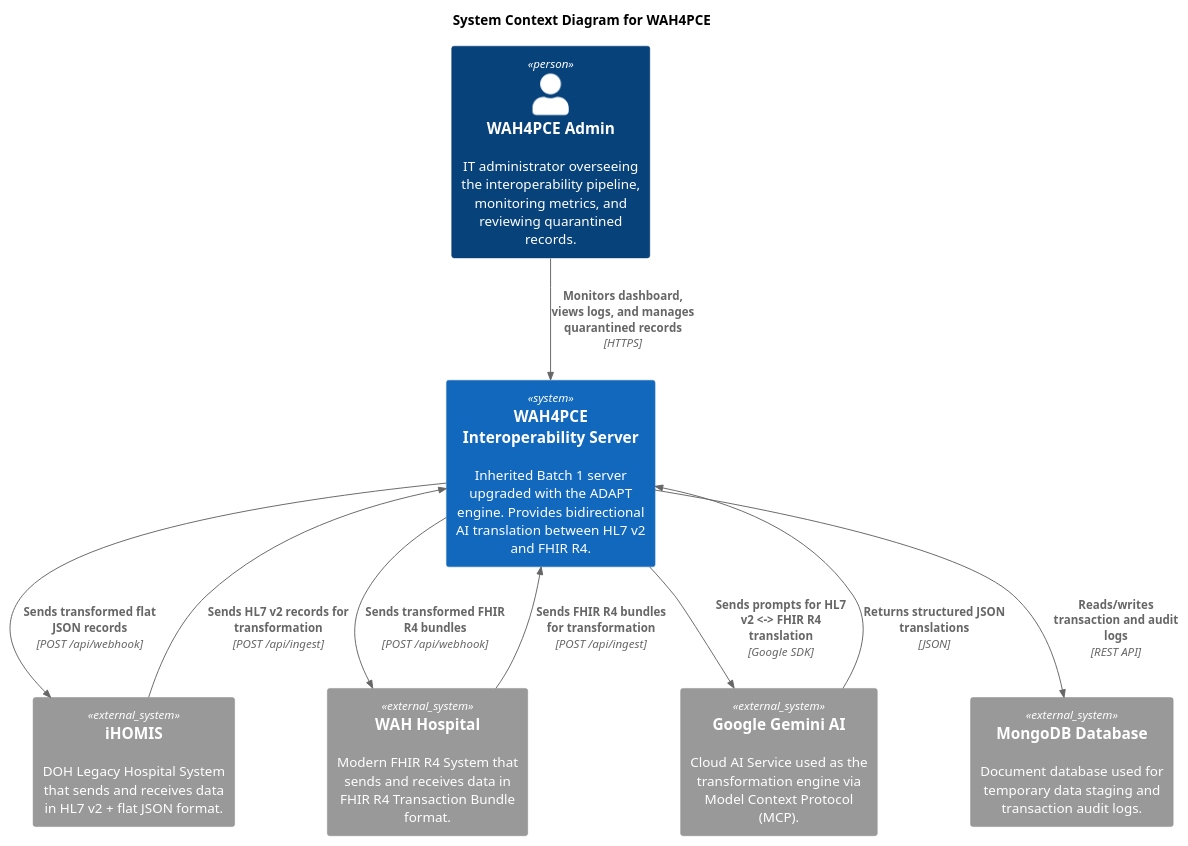
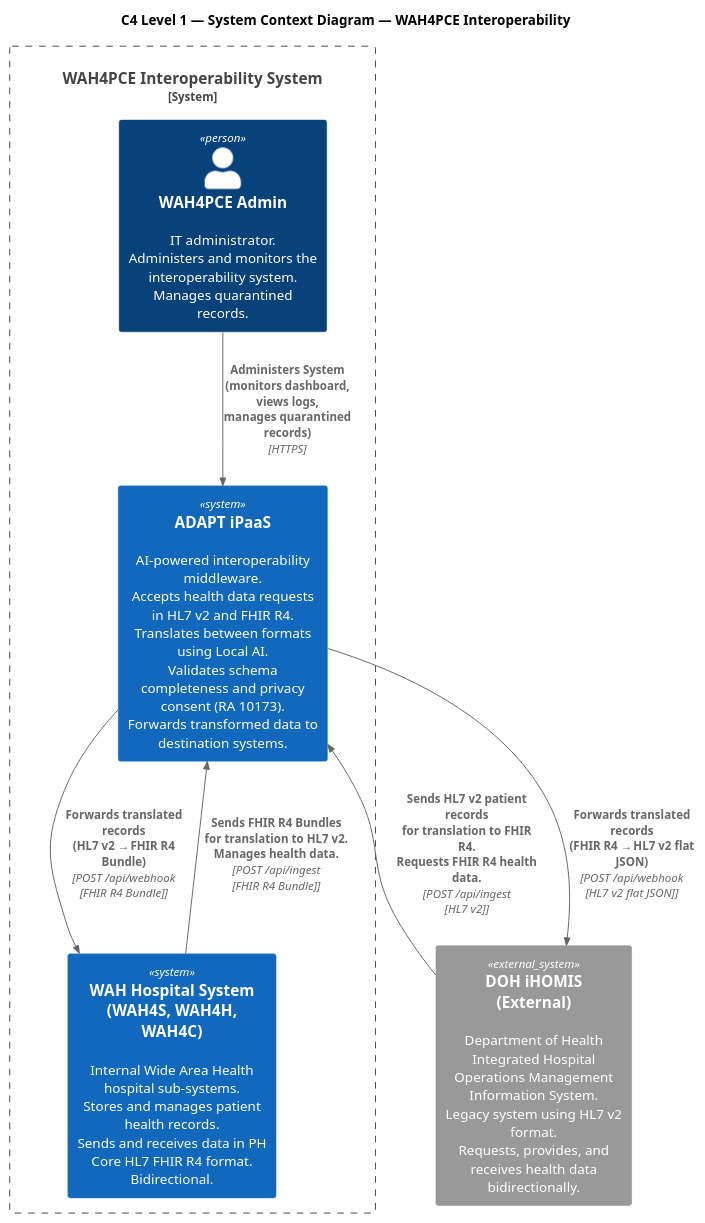
The diagram in diagrams/c4_diagram/system_context_diagram/adapt_ipaas_system_context_diagram.puml (Vince0028/WAH4PCE-MERGE-CONFLICT), drawn with PlantUML before and after one commit. The commit also changed 1 other file, not shown here.

Commit message:
docs: add C4 system context and container diagrams for ADAPT iPaaS architecture

```diff
--- a/diagrams/c4_diagram/system_context_diagram/adapt_ipaas_system_context_diagram.puml
+++ b/diagrams/c4_diagram/system_context_diagram/adapt_ipaas_system_context_diagram.puml
@@ -1,33 +1,40 @@
 @startuml ADAPT_iPaaS_System_Context
 !include https://raw.githubusercontent.com/plantuml-stdlib/C4-PlantUML/master/C4_Context.puml
 
-'Diagram Title
-title System Context Diagram for WAH4PCE
+title C4 Level 1 — System Context Diagram — WAH4PCE Interoperability
 
-'Actors
-Person(admin, "WAH4PCE Admin", "IT administrator overseeing the interoperability pipeline, monitoring metrics, and reviewing quarantined records.")
+' ===========================
+' EXTERNAL System
+' ===========================
+System_Ext(ihomis, "DOH iHOMIS\n(External)", "Department of Health Integrated Hospital Operations Management Information System.\nLegacy system using HL7 v2 format.\nRequests, provides, and receives health data bidirectionally.")
 
-'The Main System
-System(adapt_ipaas, "WAH4PCE Interoperability Server", "Inherited Batch 1 server upgraded with the ADAPT engine. Provides bidirectional AI translation between HL7 v2 and FHIR R4.")
+' ===========================
+' WAH4PCE SYSTEM BOUNDARY
+' The entire system is shown at a high level.
+' ===========================
+System_Boundary(wah4pce, "WAH4PCE Interoperability System") {
 
-'External Systems
-System_Ext(ihomis, "iHOMIS", "DOH Legacy Hospital System that sends and receives data in HL7 v2 + flat JSON format.")
-System_Ext(wah_hospital, "WAH Hospital", "Modern FHIR R4 System that sends and receives data in FHIR R4 Transaction Bundle format.")
-System_Ext(gemini, "Google Gemini AI", "Cloud AI Service used as the transformation engine via Model Context Protocol (MCP).")
-System_Ext(supabase, "MongoDB Database", "Document database used for temporary data staging and transaction audit logs.")
+    Person(admin, "WAH4PCE Admin", "IT administrator.\nAdministers and monitors the interoperability system.\nManages quarantined records.")
 
-'Relationships/ Interactions
-Rel(admin, adapt_ipaas, "Monitors dashboard, views logs, and manages quarantined records", "HTTPS")
+    System(wah, "WAH Hospital System\n(WAH4S, WAH4H, WAH4C)", "Internal Wide Area Health hospital sub-systems.\nStores and manages patient health records.\nSends and receives data in PH Core HL7 FHIR R4 format.\nBidirectional.")
 
-Rel(ihomis, adapt_ipaas, "Sends HL7 v2 records for transformation", "POST /api/ingest")
-Rel(adapt_ipaas, ihomis, "Sends transformed flat JSON records", "POST /api/webhook")
+    System(adapt, "ADAPT iPaaS", "AI-powered interoperability middleware.\nAccepts health data requests in HL7 v2 and FHIR R4.\nTranslates between formats using Local AI.\nValidates schema completeness and privacy consent (RA 10173).\nForwards transformed data to destination systems.")
+}
 
-Rel(wah_hospital, adapt_ipaas, "Sends FHIR R4 bundles for transformation", "POST /api/ingest")
-Rel(adapt_ipaas, wah_hospital, "Sends transformed FHIR R4 bundles", "POST /api/webhook")
+' ===========================
+' RELATIONSHIPS
+' Bidirectional data flows with format details.
+' ===========================
 
-Rel(adapt_ipaas, gemini, "Sends prompts for HL7 v2 <-> FHIR R4 translation", "Google SDK")
-Rel(gemini, adapt_ipaas, "Returns structured JSON translations", "JSON")
+' Admin → ADAPT
+Rel(admin, adapt, "Administers System\n(monitors dashboard, views logs,\nmanages quarantined records)", "HTTPS")
 
-Rel(adapt_ipaas, supabase, "Reads/writes transaction and audit logs", "REST API")
+' DOH iHOMIS ↔ ADAPT (bidirectional)
+Rel(ihomis, adapt, "Sends HL7 v2 patient records\nfor translation to FHIR R4.\nRequests FHIR R4 health data.", "POST /api/ingest\n[HL7 v2]")
+Rel(adapt, ihomis, "Forwards translated records\n(FHIR R4 → HL7 v2 flat JSON)", "POST /api/webhook\n[HL7 v2 flat JSON]")
+
+' WAH ↔ ADAPT (bidirectional)
+Rel(wah, adapt, "Sends FHIR R4 Bundles\nfor translation to HL7 v2.\nManages health data.", "POST /api/ingest\n[FHIR R4 Bundle]")
+Rel(adapt, wah, "Forwards translated records\n(HL7 v2 → FHIR R4 Bundle)", "POST /api/webhook\n[FHIR R4 Bundle]")
 
 @enduml
```
